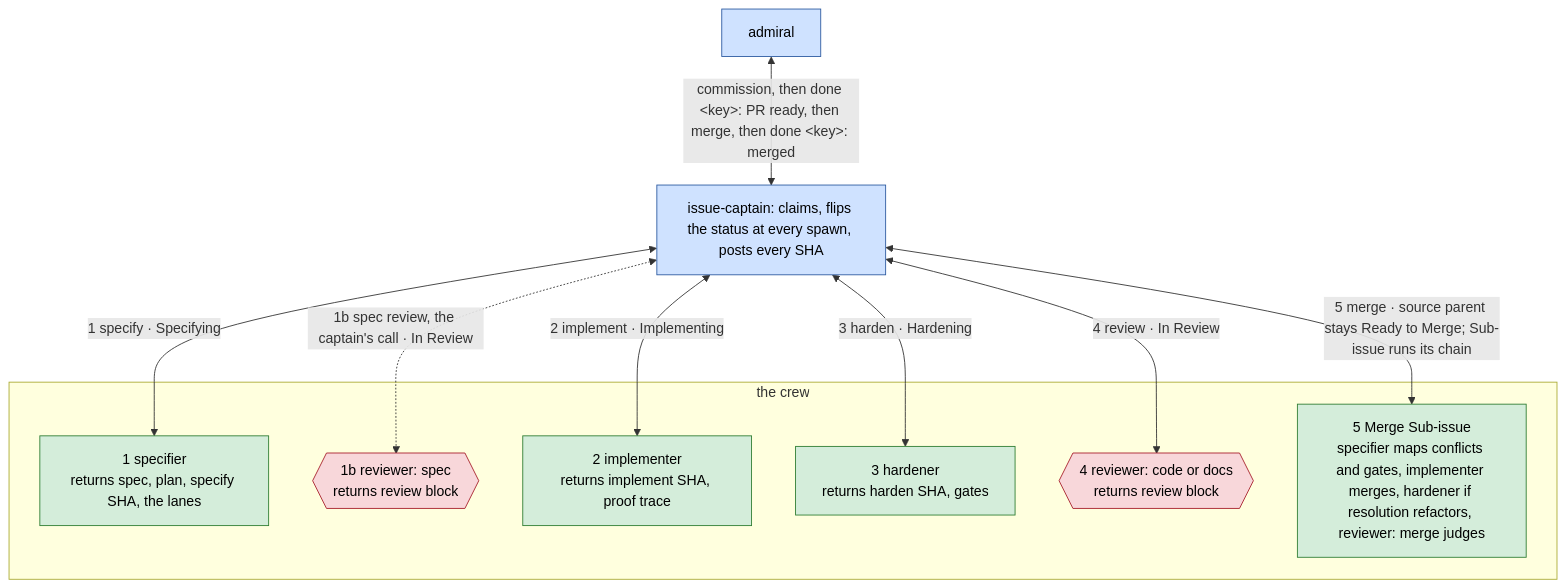
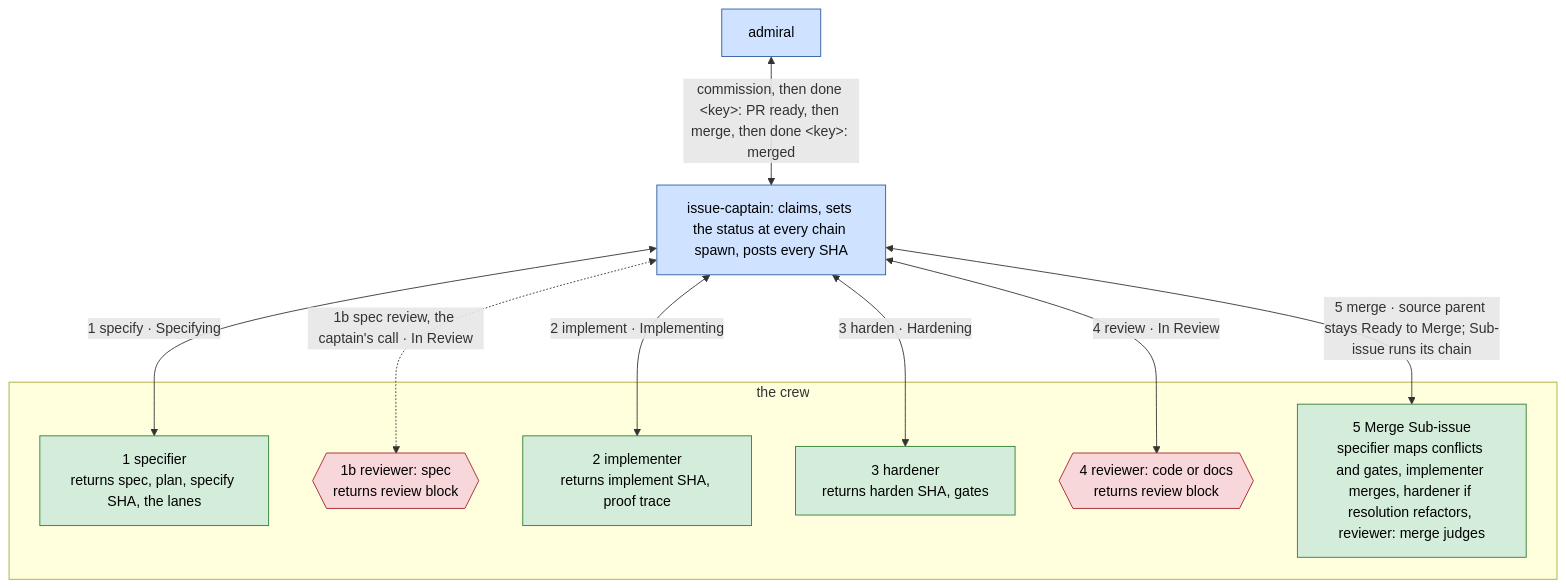
Before and after one commit to bodnarbalazs/dydo: the second of 12 diagrams in dydo/understand/control-flow.md, drawn with Mermaid. The commit also changed other lines of this file and 8 other files, not shown here.

````diff
--- a/dydo/understand/control-flow.md
+++ b/dydo/understand/control-flow.md
@@ -127,22 +127,22 @@
 ```mermaid
 flowchart TD
   classDef hat fill:#cfe2ff,stroke:#2c5aa0,color:#000
   classDef worker fill:#d4edda,stroke:#2e7d32,color:#000
   classDef reviewer fill:#f8d7da,stroke:#a71d2a,color:#000
 
-  AD[admiral]:::hat <-->|"commission, then done &lt;key&gt;: PR ready, then merge, then done &lt;key&gt;: merged"| IC[issue-captain: claims, flips the status at every spawn, posts every SHA]:::hat
+  AD[admiral]:::hat <-->|"commission, then done &lt;key&gt;: PR ready, then merge, then done &lt;key&gt;: merged"| IC[issue-captain: claims, sets the status at every chain spawn, posts every SHA]:::hat
   IC <-->|"1 specify · Specifying"| SP
   IC <-.->|"1b spec review, the captain's call · In Review"| RS
   IC <-->|"2 implement · Implementing"| IM
   IC <-->|"3 harden · Hardening"| HD
   IC <-->|"4 review · In Review"| RC
   IC <-->|"5 merge · source parent stays Ready to Merge; Sub-issue runs its chain"| MG
   subgraph CREW [the crew]
     SP[1 specifier<br>returns spec, plan, specify SHA, the lanes]:::worker
     RS{{1b reviewer: spec<br>returns review block}}:::reviewer
     IM[2 implementer<br>returns implement SHA, proof trace]:::worker
     HD[3 hardener<br>returns harden SHA, gates]:::worker
     RC{{4 reviewer: code or docs<br>returns review block}}:::reviewer
     MG[5 Merge Sub-issue<br>specifier maps conflicts and gates, implementer merges, hardener if resolution refactors, reviewer: merge judges]:::worker
   end
 ```
````
